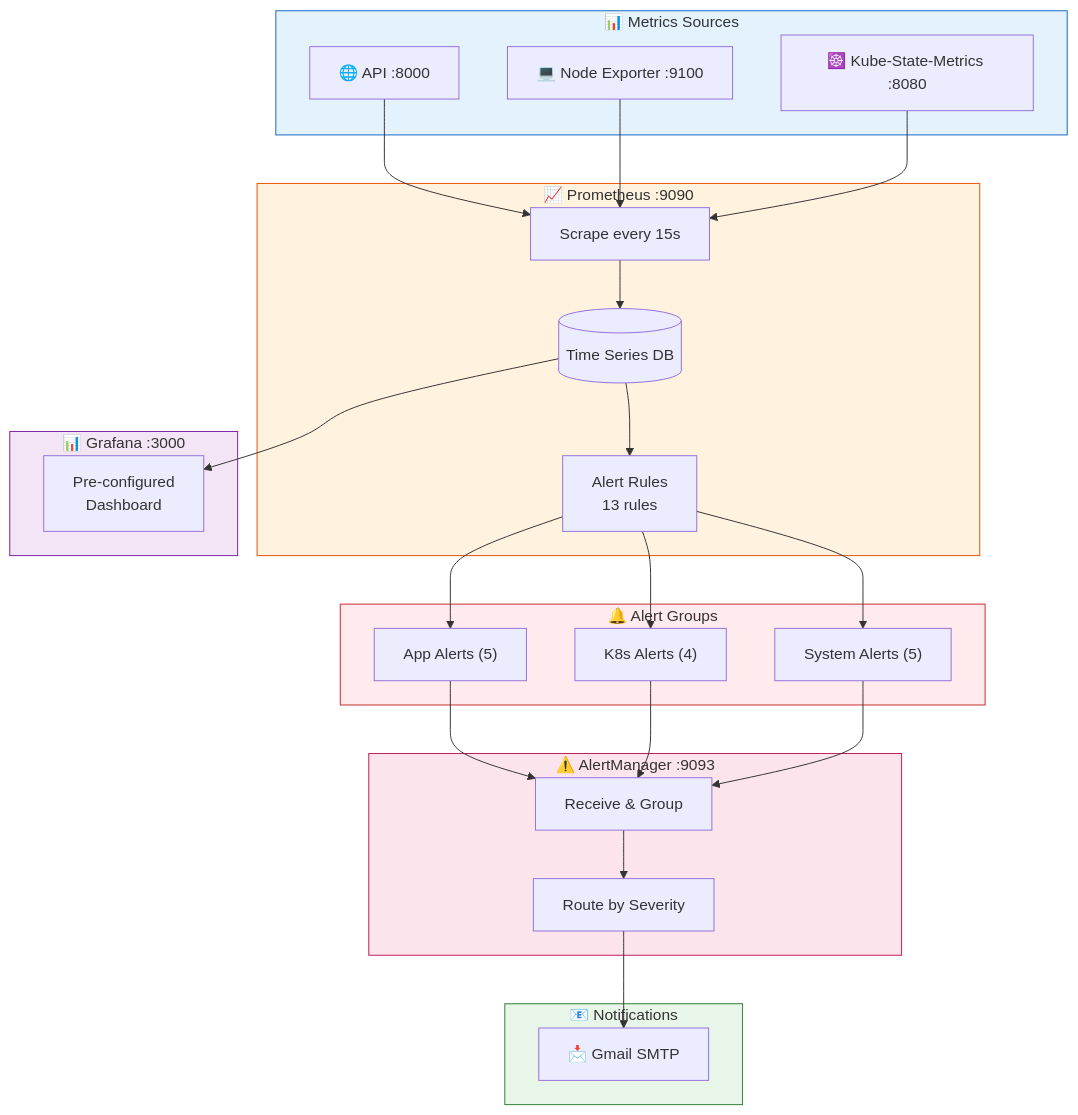
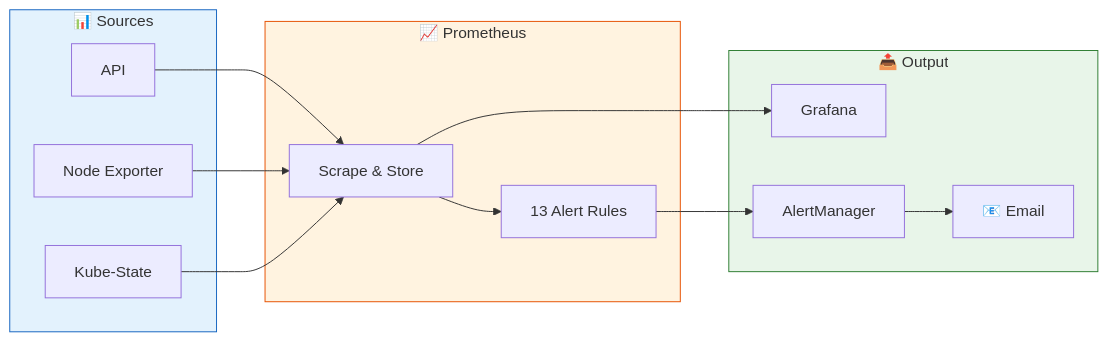
Before and after one commit to 2024aa05820/mlops-assignment2: the fifth of 6 diagrams in README.md, drawn with Mermaid. The commit also changed other lines of this file, not shown here.

Commit message:
Simplify and improve alignment of all architecture diagrams

````diff
--- a/README.md
+++ b/README.md
@@ -571,45 +490,25 @@
 ```mermaid
-flowchart TB
-    subgraph Sources["📊 Metrics Sources"]
-        API["🌐 API :8000"]
-        NE["💻 Node Exporter :9100"]
-        KSM["☸️ Kube-State-Metrics :8080"]
+flowchart LR
+    subgraph Sources["📊 Sources"]
+        API["API"]
+        NE["Node Exporter"]
+        KSM["Kube-State"]
+    end
+    subgraph Prometheus["📈 Prometheus"]
+        P["Scrape & Store"]
+        R["13 Alert Rules"]
+    end
+    subgraph Output["📤 Output"]
+        G["Grafana"]
+        AM["AlertManager"]
+        E["📧 Email"]
     end
 
-    subgraph Prometheus["📈 Prometheus :9090"]
-        SCRAPE["Scrape every 15s"]
-        TSDB[("Time Series DB")]
-        RULES["Alert Rules<br/>13 rules"]
-    end
-
-    subgraph Alerts["🔔 Alert Groups"]
-        AG1["App Alerts (5)"]
-        AG2["K8s Alerts (4)"]
-        AG3["System Alerts (5)"]
-    end
-
-    subgraph AlertManager["⚠️ AlertManager :9093"]
-        RECV["Receive & Group"]
-        ROUTE["Route by Severity"]
-    end
-
-    subgraph Notify["📧 Notifications"]
-        EMAIL["📩 Gmail SMTP"]
-    end
-
-    subgraph Grafana["📊 Grafana :3000"]
-        DASH["Pre-configured<br/>Dashboard"]
-    end
-
-    API & NE & KSM --> SCRAPE --> TSDB
-    TSDB --> RULES --> AG1 & AG2 & AG3
-    AG1 & AG2 & AG3 --> RECV --> ROUTE --> EMAIL
-    TSDB --> DASH
+    API & NE & KSM --> P --> R
+    P --> G
+    R --> AM --> E
 
     style Sources fill:#e3f2fd,stroke:#1565c0
     style Prometheus fill:#fff3e0,stroke:#e65100
-    style Alerts fill:#ffebee,stroke:#c62828
-    style AlertManager fill:#fce4ec,stroke:#c2185b
-    style Notify fill:#e8f5e9,stroke:#2e7d32
-    style Grafana fill:#f3e5f5,stroke:#7b1fa2
+    style Output fill:#e8f5e9,stroke:#2e7d32
 ```
````
